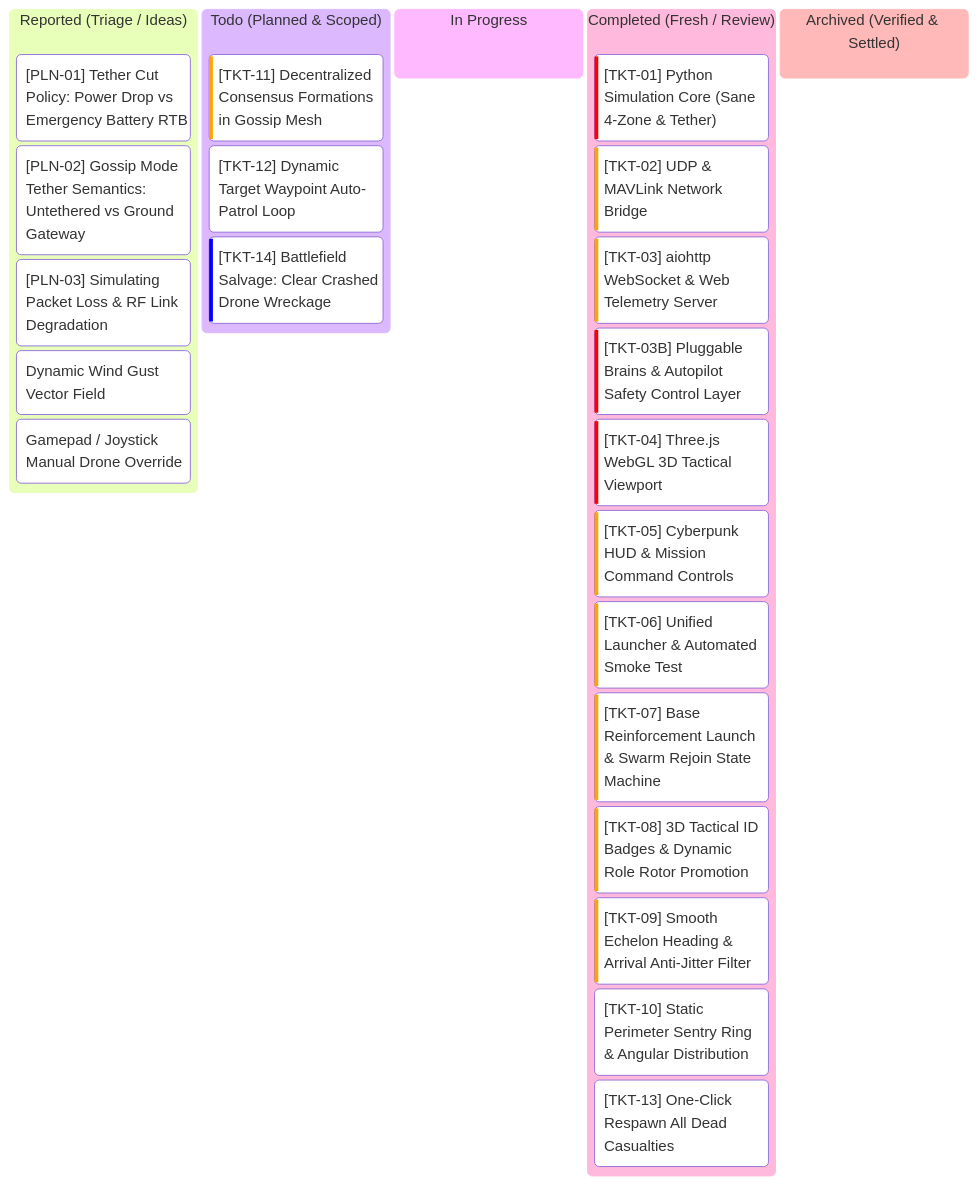
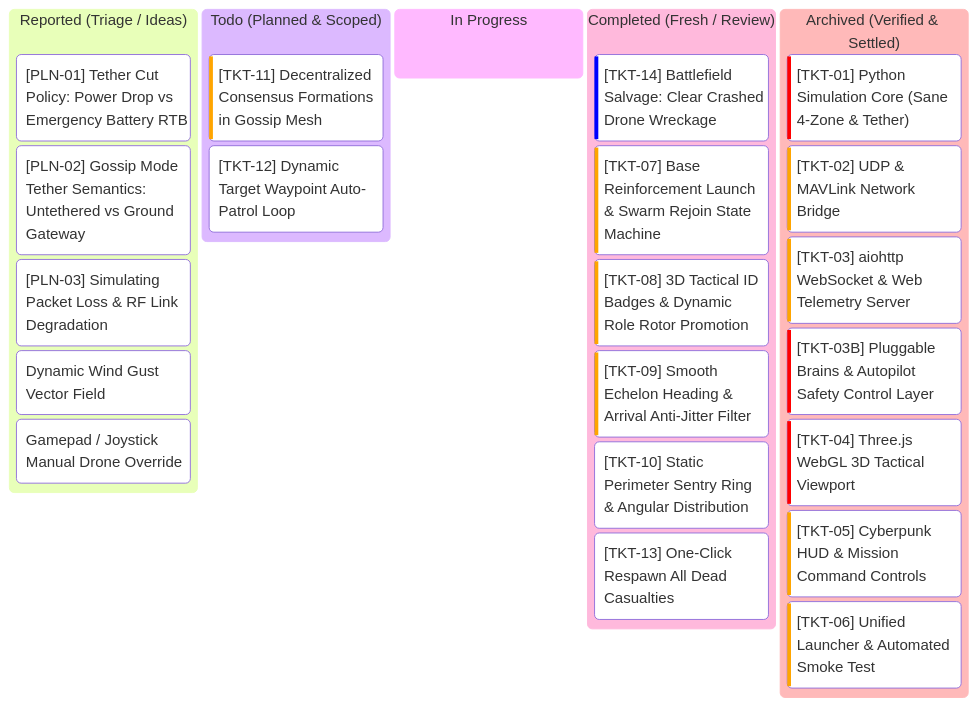
Before and after one commit to AlitheiaDeus/SwarmTech_v3-Uprising: the diagram in kanban.md, drawn with Mermaid. The commit also changed other lines of this file and 10 other files, not shown here.

Commit message:
feat: implement TKT-14 battlefield salvage & wreckage cleanup

````diff
--- a/kanban.md
+++ b/kanban.md
@@ -7,28 +7,28 @@
 ```mermaid
 kanban
   reported["Reported (Triage / Ideas)"]
     pln1["[PLN-01] Tether Cut Policy: Power Drop vs Emergency Battery RTB"]
     pln2["[PLN-02] Gossip Mode Tether Semantics: Untethered vs Ground Gateway"]
     pln3["[PLN-03] Simulating Packet Loss & RF Link Degradation"]
     idea1["Dynamic Wind Gust Vector Field"]
     idea2["Gamepad / Joystick Manual Drone Override"]
   todo["Todo (Planned & Scoped)"]
     tkt11["[TKT-11] Decentralized Consensus Formations in Gossip Mesh"]@{ priority: 'High' }
     tkt12["[TKT-12] Dynamic Target Waypoint Auto-Patrol Loop"]@{ priority: 'Medium' }
-    tkt14["[TKT-14] Battlefield Salvage: Clear Crashed Drone Wreckage"]@{ priority: 'Low' }
   in_progress["In Progress"]
   completed["Completed (Fresh / Review)"]
+    tkt14["[TKT-14] Battlefield Salvage: Clear Crashed Drone Wreckage"]@{ priority: 'Low' }
+    tkt7["[TKT-07] Base Reinforcement Launch & Swarm Rejoin State Machine"]@{ priority: 'High' }
+    tkt8["[TKT-08] 3D Tactical ID Badges & Dynamic Role Rotor Promotion"]@{ priority: 'High' }
+    tkt9["[TKT-09] Smooth Echelon Heading & Arrival Anti-Jitter Filter"]@{ priority: 'High' }
+    tkt10["[TKT-10] Static Perimeter Sentry Ring & Angular Distribution"]@{ priority: 'Medium' }
+    tkt13["[TKT-13] One-Click Respawn All Dead Casualties"]@{ priority: 'Medium' }
+  archived["Archived (Verified & Settled)"]
     tkt1["[TKT-01] Python Simulation Core (Sane 4-Zone & Tether)"]@{ priority: 'Very High' }
     tkt2["[TKT-02] UDP & MAVLink Network Bridge"]@{ priority: 'High' }
     tkt3["[TKT-03] aiohttp WebSocket & Web Telemetry Server"]@{ priority: 'High' }
     tkt3b["[TKT-03B] Pluggable Brains & Autopilot Safety Control Layer"]@{ priority: 'Very High' }
     tkt4["[TKT-04] Three.js WebGL 3D Tactical Viewport"]@{ priority: 'Very High' }
     tkt5["[TKT-05] Cyberpunk HUD & Mission Command Controls"]@{ priority: 'High' }
     tkt6["[TKT-06] Unified Launcher & Automated Smoke Test"]@{ priority: 'High' }
-    tkt7["[TKT-07] Base Reinforcement Launch & Swarm Rejoin State Machine"]@{ priority: 'High' }
-    tkt8["[TKT-08] 3D Tactical ID Badges & Dynamic Role Rotor Promotion"]@{ priority: 'High' }
-    tkt9["[TKT-09] Smooth Echelon Heading & Arrival Anti-Jitter Filter"]@{ priority: 'High' }
-    tkt10["[TKT-10] Static Perimeter Sentry Ring & Angular Distribution"]@{ priority: 'Medium' }
-    tkt13["[TKT-13] One-Click Respawn All Dead Casualties"]@{ priority: 'Medium' }
-  archived["Archived (Verified & Settled)"]
 ```
````
